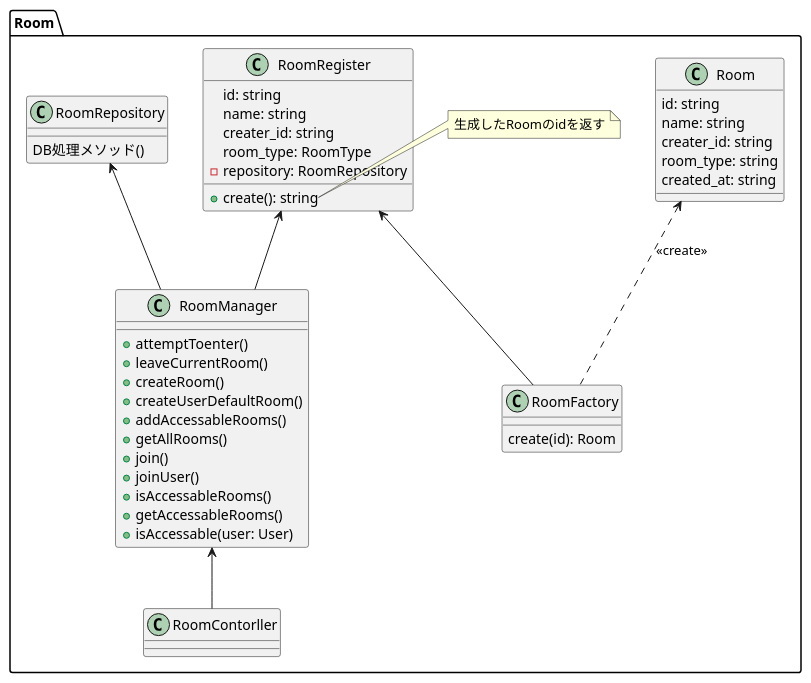
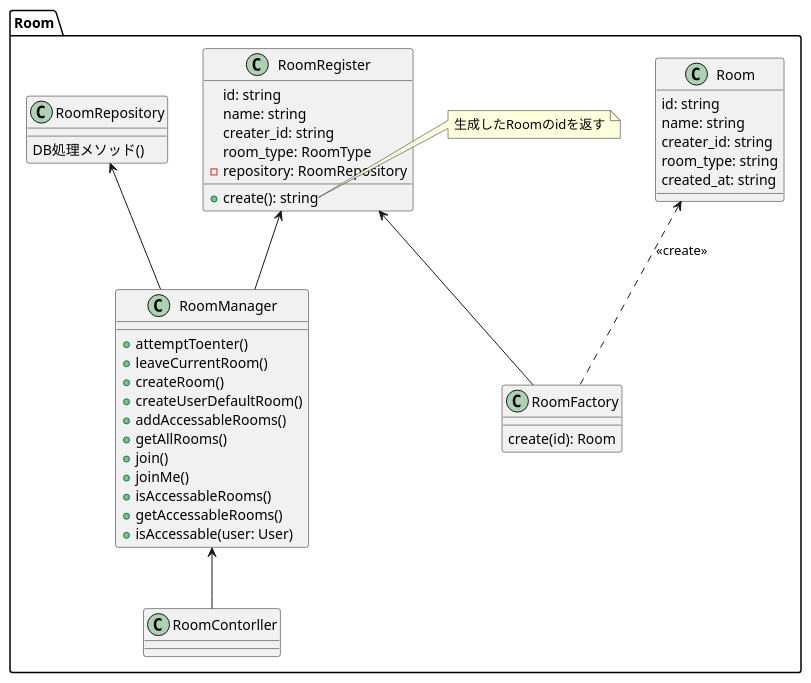
Before and after one commit to TOnodera/chatterman: the diagram in documents/plantUML/クラス図/サーバー/クラス図Room.wsd, drawn with PlantUML. The commit also changed 5 other files, not shown here.

```diff
--- a/documents/plantUML/クラス図/サーバー/クラス図Room.wsd
+++ b/documents/plantUML/クラス図/サーバー/クラス図Room.wsd
@@ -1,52 +1,52 @@
 @startuml
 package Room{
 
     class Room{
         id: string
         name: string
         creater_id: string
         room_type: string
         created_at: string
     }
 
     class RoomRegister{
         id: string
         name: string
         creater_id: string
         room_type: RoomType
         -repository: RoomRepository
         +create(): string
     }
     note right of RoomRegister::create()
     生成したRoomのidを返す
     end note
 
     class RoomFactory{
         create(id): Room
     }
 
     class RoomManager{
         +attemptToenter()
         +leaveCurrentRoom()
         +createRoom()
         +createUserDefaultRoom()
         +addAccessableRooms()
         +getAllRooms()
         +join()
-        +joinUser()
+        +joinMe()
         +isAccessableRooms()
         +getAccessableRooms()
         +isAccessable(user: User)
     }
 
     class RoomRepository{
         DB処理メソッド()
     }
 
     RoomRegister <-- RoomFactory
     Room <.. RoomFactory : <<create>>
     RoomManager <-- RoomContorller
     RoomRegister <-- RoomManager
     RoomRepository <-- RoomManager
 }
 @enduml
```
